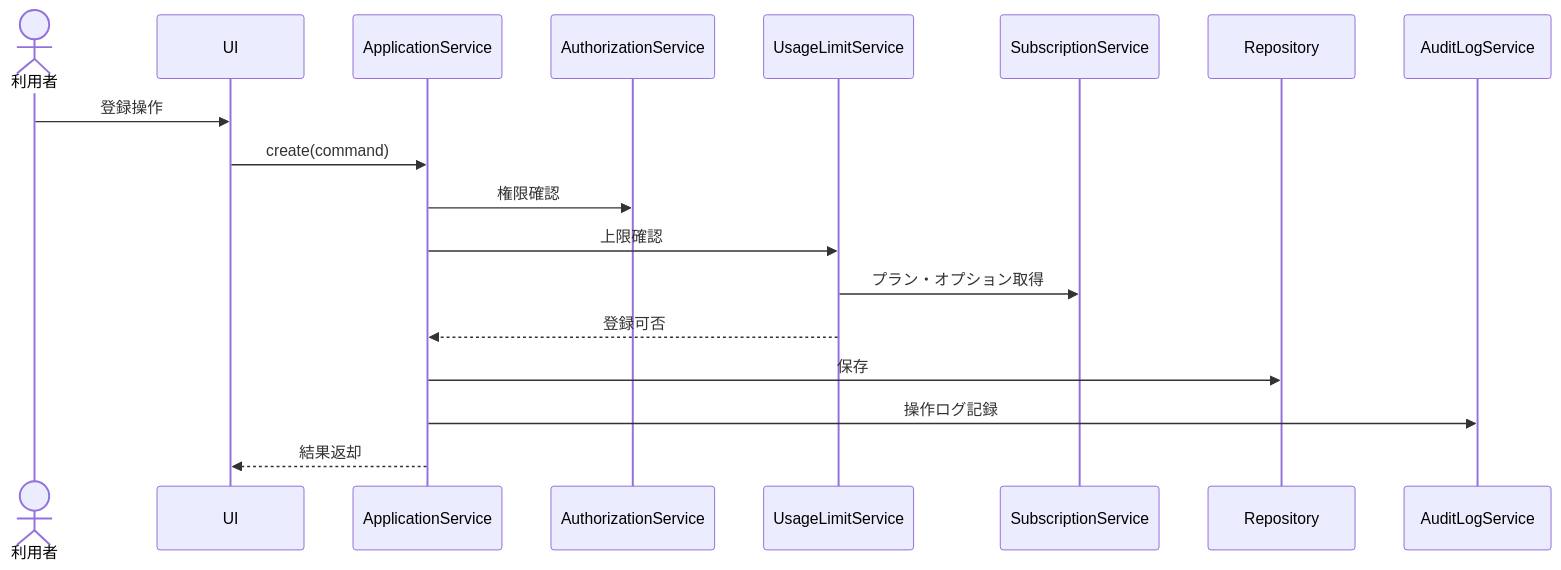
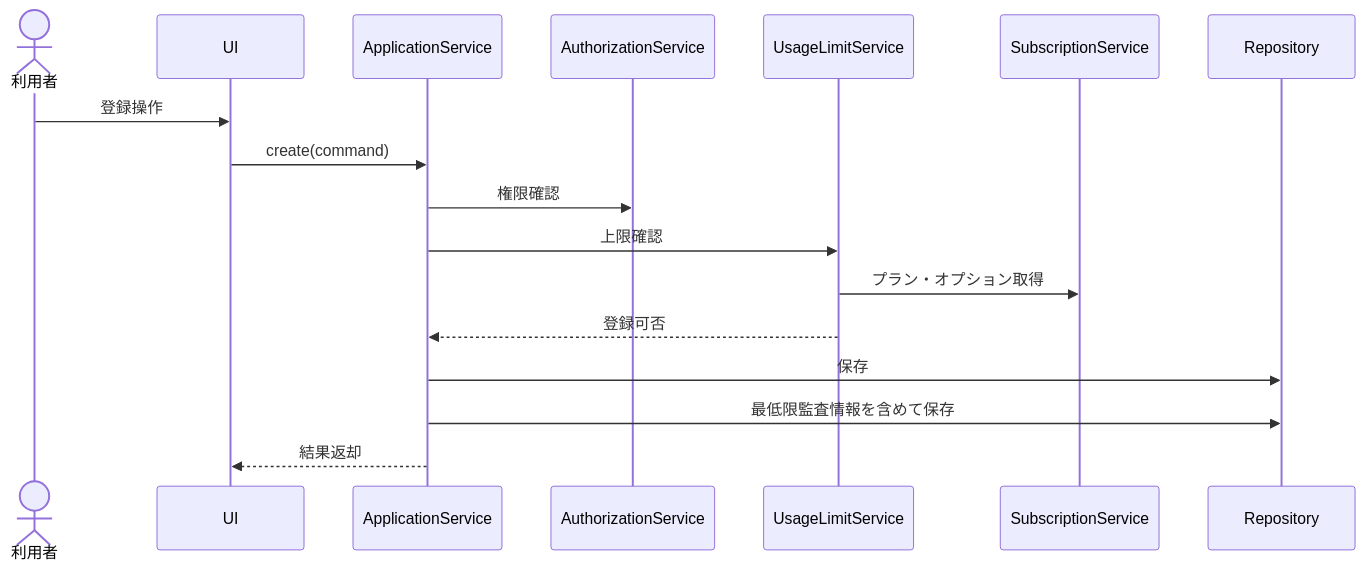
One commit to D03456/dcim changed the second of 2 diagrams in docs/03_basic_design/06_api_service_design_policy.md. Above: the diagram before and after it, drawn with Mermaid. The commit also changed other lines of this file and 5 other files, not shown here.

````diff
--- a/docs/03_basic_design/06_api_service_design_policy.md
+++ b/docs/03_basic_design/06_api_service_design_policy.md
@@ -179,13 +180,13 @@
 ```mermaid
 sequenceDiagram
     actor User as 利用者
     User->>UI: 登録操作
     UI->>ApplicationService: create(command)
     ApplicationService->>AuthorizationService: 権限確認
     ApplicationService->>UsageLimitService: 上限確認
     UsageLimitService->>SubscriptionService: プラン・オプション取得
     UsageLimitService-->>ApplicationService: 登録可否
     ApplicationService->>Repository: 保存
-    ApplicationService->>AuditLogService: 操作ログ記録
+    ApplicationService->>Repository: 最低限監査情報を含めて保存
     ApplicationService-->>UI: 結果返却
 ```
````
